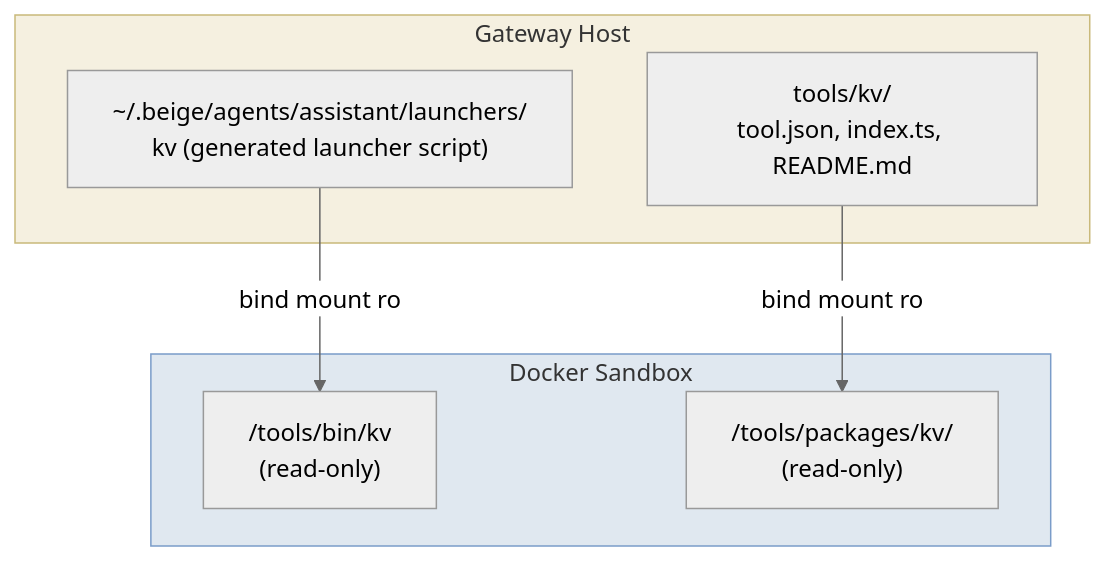
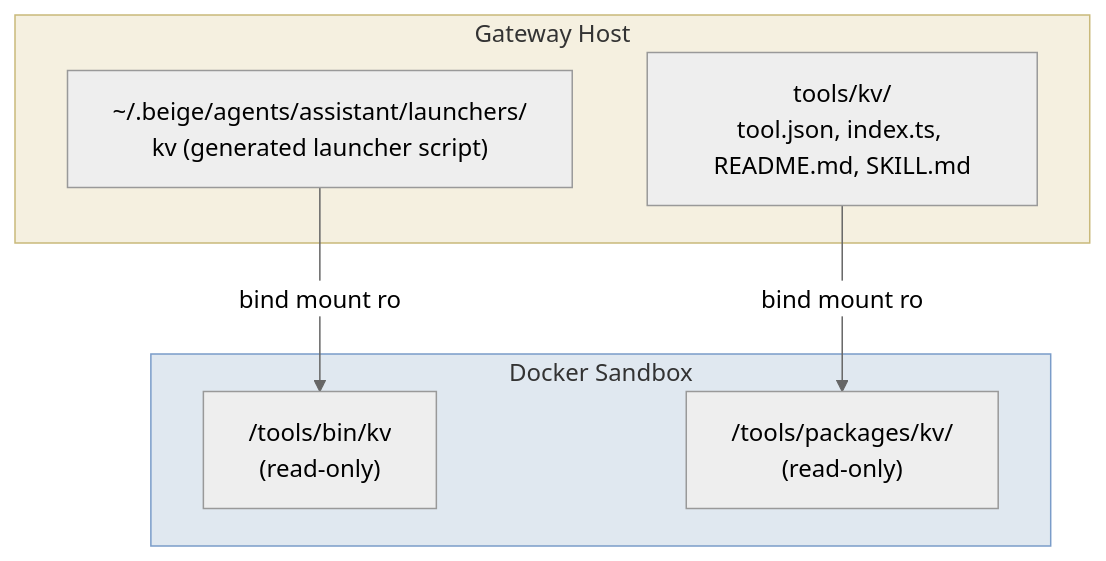
Before and after one commit to matthias-hausberger/beige: the diagram in docs/tools/ecosystem/build-tools.mdx, drawn with Mermaid (neutral theme). The commit also changed other lines of this file and 14 other files, not shown here.

````diff
--- a/docs/tools/ecosystem/build-tools.mdx
+++ b/docs/tools/ecosystem/build-tools.mdx
@@ -121,18 +166,18 @@
 ```mermaid
 flowchart TD
     subgraph Host["Gateway Host"]
-        TP["tools/kv/<br/>tool.json, index.ts, README.md"]
+        TP["tools/kv/<br/>tool.json, index.ts, README.md, SKILL.md"]
         GL["~/.beige/agents/assistant/launchers/<br/>kv (generated launcher script)"]
     end
 
     subgraph Sandbox["Docker Sandbox"]
         BIN["/tools/bin/kv<br/>(read-only)"]
         PKG["/tools/packages/kv/<br/>(read-only)"]
     end
 
     GL -->|bind mount ro| BIN
     TP -->|bind mount ro| PKG
 
     style Host fill:#f5f0e0,stroke:#c9b97a
     style Sandbox fill:#e0e8f0,stroke:#7a9cc9
 ```
````
